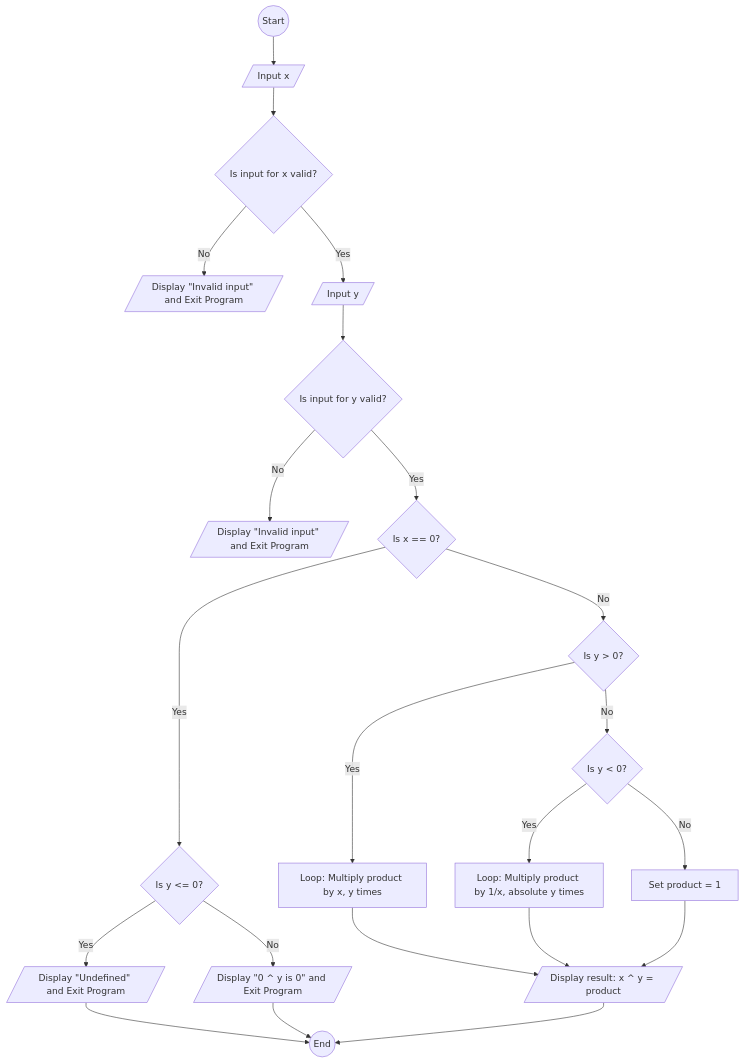
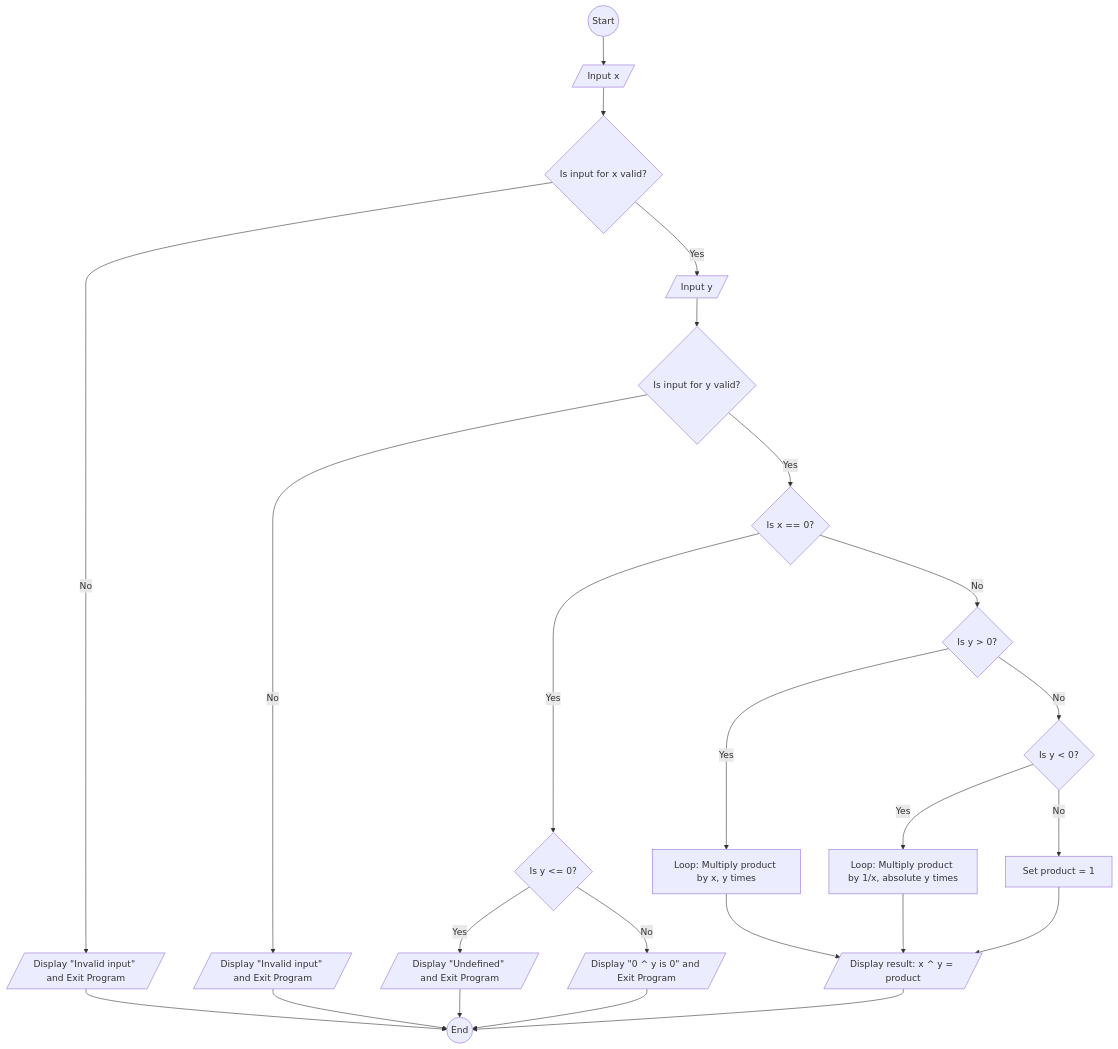
Before and after one commit to SWEG-2016EC-Batch/C-pp: the diagram in ETS0881_Mahder_Ashenafi/power_calculator.md, drawn with Mermaid.

````diff
--- a/ETS0881_Mahder_Ashenafi/power_calculator.md
+++ b/ETS0881_Mahder_Ashenafi/power_calculator.md
@@ -26,31 +26,33 @@
  ```mermaid
 flowchart TD
     A((Start)) --> B[/Input x/]
     B --> C{Is input for x valid?}
     
     C -->|No| D[/Display "Invalid input" and Exit Program/]
     C -->|Yes| E[/Input y/]
     
     E --> F{Is input for y valid?}
     
     F -->|No| G[/Display "Invalid input" and Exit Program/]
     F -->|Yes| H{Is x == 0?}
     
     H -->|Yes| I{Is y <= 0?}
     I -->|Yes| J[/Display "Undefined" and Exit Program/]
     I -->|No| K[/Display "0 ^ y is 0" and Exit Program/]
     
     H -->|No| L{Is y > 0?}
     L -->|Yes| M[Loop: Multiply product by x, y times]
     L -->|No| N{Is y < 0?}
     N -->|Yes| O[Loop: Multiply product by 1/x, absolute y times]
     N -->|No| P[Set product = 1]
     
     M --> Q[/Display result: x ^ y = product/]
     O --> Q
     P --> Q
     J --> R((End))
     K --> R
     Q --> R((End))
+    D --> R
+    G --> R
 
 ```
````
